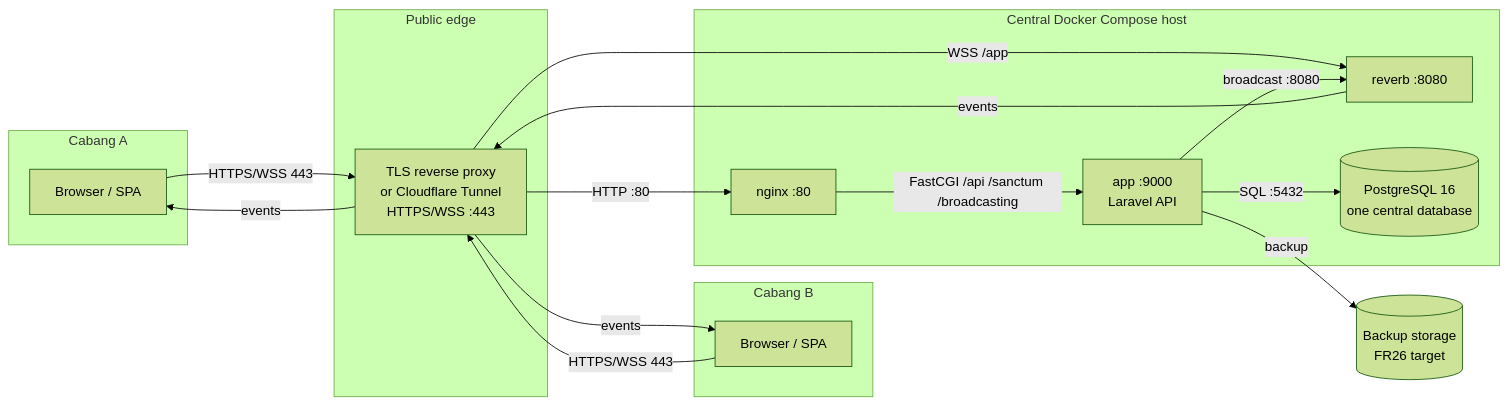
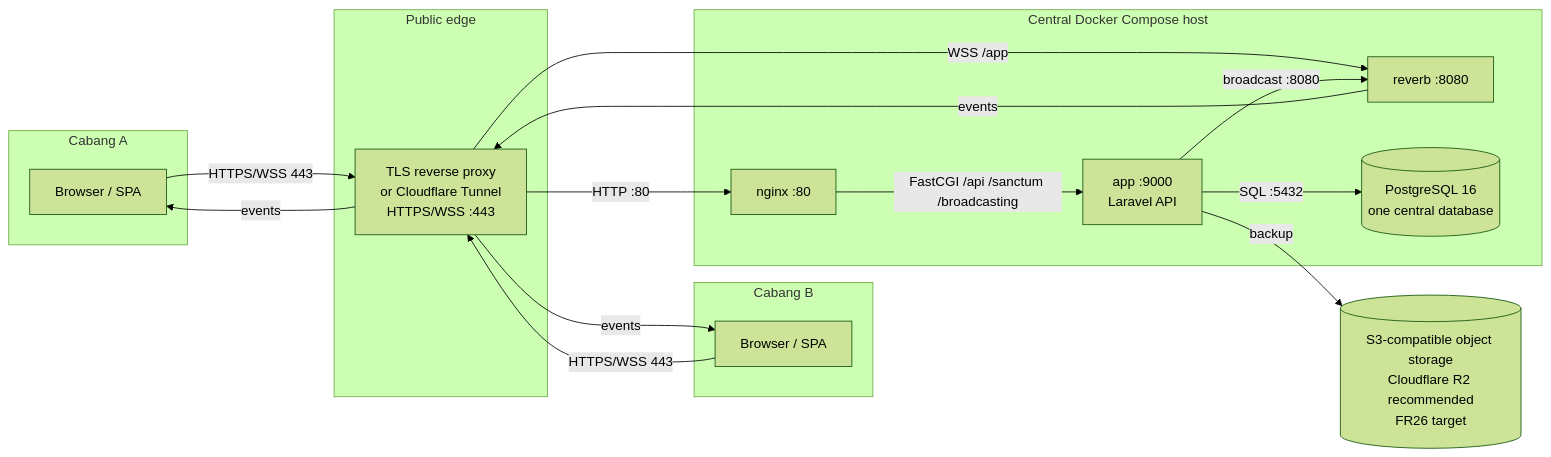
The second of 2 diagrams in docs/architecture/deployment.md (Arukast/pos_alja), drawn with Mermaid (forest theme) before and after one commit. The commit also changed other lines of this file, not shown here.

Commit message:
docs: set R2 as target backup storage

````diff
--- a/docs/architecture/deployment.md
+++ b/docs/architecture/deployment.md
@@ -37,31 +37,31 @@
 ```mermaid
 flowchart LR
     subgraph BRANCH_A["Cabang A"]
         A["Browser / SPA"]
     end
     subgraph BRANCH_B["Cabang B"]
         B["Browser / SPA"]
     end
     subgraph EDGE["Public edge"]
         TLS["TLS reverse proxy<br/>or Cloudflare Tunnel<br/>HTTPS/WSS :443"]
     end
     subgraph HOST["Central Docker Compose host"]
         Nginx["nginx :80"]
         App["app :9000<br/>Laravel API"]
         Reverb["reverb :8080"]
         DB[("PostgreSQL 16<br/>one central database")]
     end
-    Backup[("Backup storage<br/>FR26 target")]
+    Backup[("S3-compatible object storage<br/>Cloudflare R2 recommended<br/>FR26 target")]
 
     A -->|"HTTPS/WSS 443"| TLS
     B -->|"HTTPS/WSS 443"| TLS
     TLS -->|"HTTP :80"| Nginx
     TLS -->|"WSS /app"| Reverb
     Nginx -->|"FastCGI /api /sanctum /broadcasting"| App
     App -->|"SQL :5432"| DB
     App -->|"broadcast :8080"| Reverb
     Reverb -->|"events"| TLS
     TLS -->|"events"| A
     TLS -->|"events"| B
     App -->|"backup"| Backup
 ```
````
